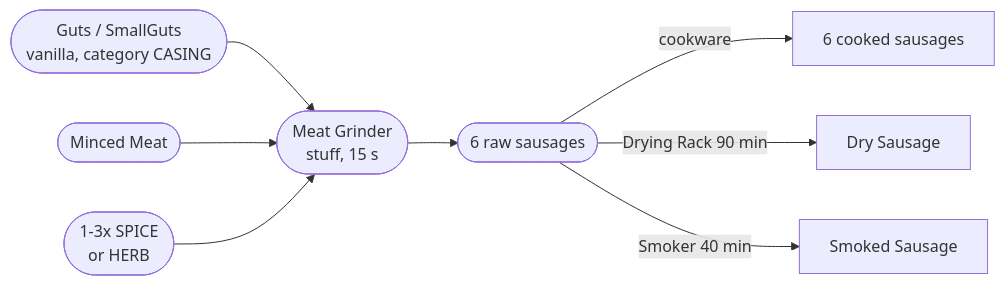
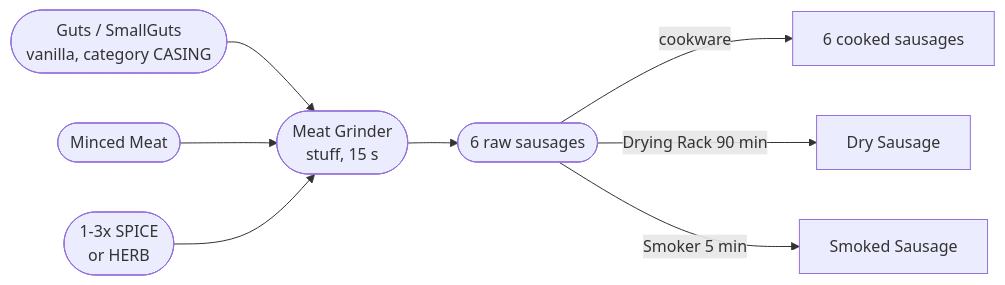
One commit to Psyern/Psyerns_ChefZ changed the eighth of 13 diagrams in ChefZ_Wiki/Production-Chains.md. Above: the diagram before and after it, drawn with Mermaid. The commit also changed other lines of this file and 8 other files, not shown here.

````diff
--- a/ChefZ_Wiki/Production-Chains.md
+++ b/ChefZ_Wiki/Production-Chains.md
@@ -231,11 +231,11 @@
 ```mermaid
 graph LR
   G(["Guts / SmallGuts<br/>vanilla, category CASING"]) --> SS
   MM(["Minced Meat"]) --> SS
   SP(["1-3x SPICE<br/>or HERB"]) --> SS
   SS(["Meat Grinder<br/>stuff, 15 s"])
   SS --> RS(["6 raw sausages"])
   RS -->|"cookware"| CS["6 cooked sausages"]
   RS -->|"Drying Rack 90 min"| DS["Dry Sausage"]
-  RS -->|"Smoker 40 min"| SM["Smoked Sausage"]
+  RS -->|"Smoker 5 min"| SM["Smoked Sausage"]
 ```
````
